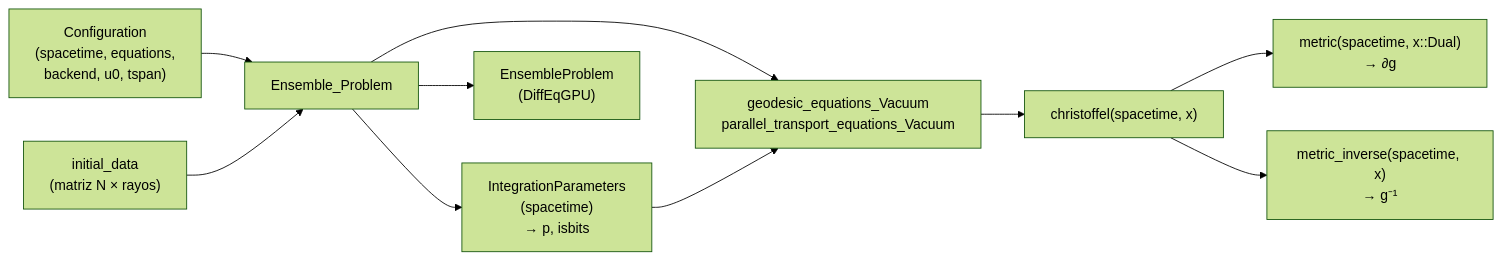
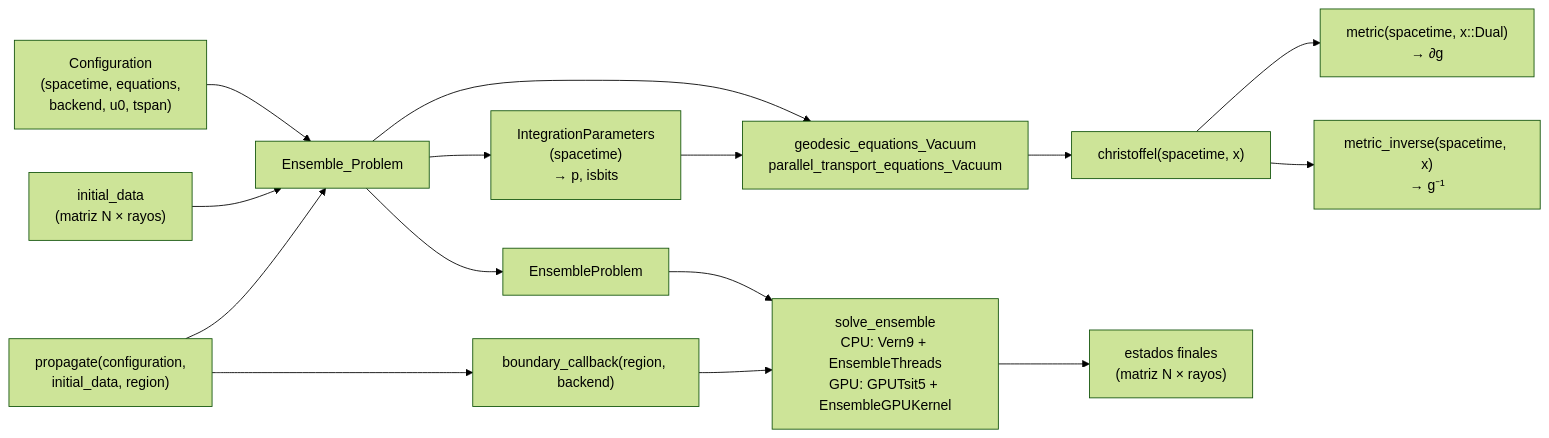
Before and after one commit to mabrudsky/RayTracingGR.jl: the second of 2 diagrams in README.md, drawn with Mermaid (forest theme). The commit also changed other lines of this file and 12 other files, not shown here.

First line of the commit message:
propagate: elegir algoritmo y opciones de solve según configuration.backend; paso de Newton en el corte de GPU.

````diff
--- a/README.md
+++ b/README.md
@@ -239,12 +271,17 @@
 ```mermaid
 flowchart LR
     CFG["Configuration<br/>(spacetime, equations,<br/>backend, u0, tspan)"] --> EP[Ensemble_Problem]
     ID["initial_data<br/>(matriz N × rayos)"] --> EP
     EP --> P["IntegrationParameters<br/>(spacetime)<br/>→ p, isbits"]
     EP --> RHS["geodesic_equations_Vacuum<br/>parallel_transport_equations_Vacuum"]
     P --> RHS
     RHS --> CH["christoffel(spacetime, x)"]
     CH --> M["metric(spacetime, x::Dual)<br/>→ ∂g"]
     CH --> MI["metric_inverse(spacetime, x)<br/>→ g⁻¹"]
-    EP --> ENS["EnsembleProblem<br/>(DiffEqGPU)"]
+    EP --> ENS["EnsembleProblem"]
+    PR["propagate(configuration,<br/>initial_data, region)"] --> EP
+    PR --> CB["boundary_callback(region, backend)"]
+    ENS --> SOL["solve_ensemble<br/>CPU: Vern9 + EnsembleThreads<br/>GPU: GPUTsit5 + EnsembleGPUKernel"]
+    CB --> SOL
+    SOL --> OUT["estados finales<br/>(matriz N × rayos)"]
 ```
````
